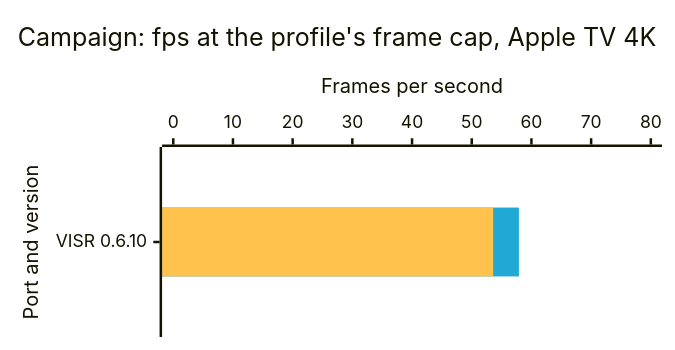
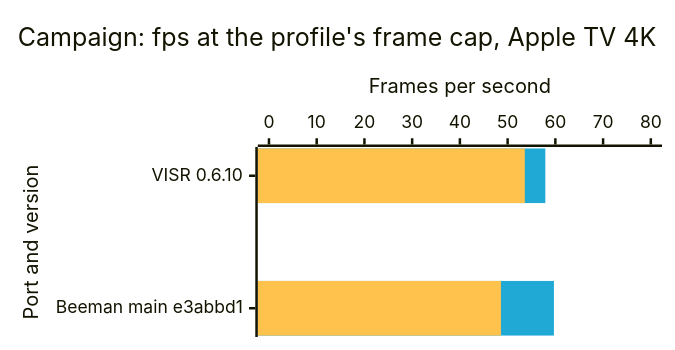
One commit to VISR-CE/visr changed the sixth of 8 diagrams in docs/benchmarks.md. Above: the diagram before and after it, drawn with Mermaid. The commit also changed other lines of this file and 4 other files, not shown here.

````diff
--- a/docs/benchmarks.md
+++ b/docs/benchmarks.md
@@ -168,17 +168,17 @@
 ```mermaid
 ---
 config:
   xyChart:
     width: 520
     height: 260
   themeVariables:
     xyChart:
       plotColorPalette: "#1fa9d4, #ffc24d"
 ---
 xychart-beta horizontal
     title "Campaign: fps at the profile's frame cap, Apple TV 4K"
-    x-axis "Port and version" ["VISR 0.6.10"]
+    x-axis "Port and version" ["VISR 0.6.10", "Beeman main e3abbd1"]
     y-axis "Frames per second" 0 --> 80
-    bar [57.9]
-    bar [53.6]
+    bar [57.9, 59.7]
+    bar [53.6, 48.6]
 ```
````
